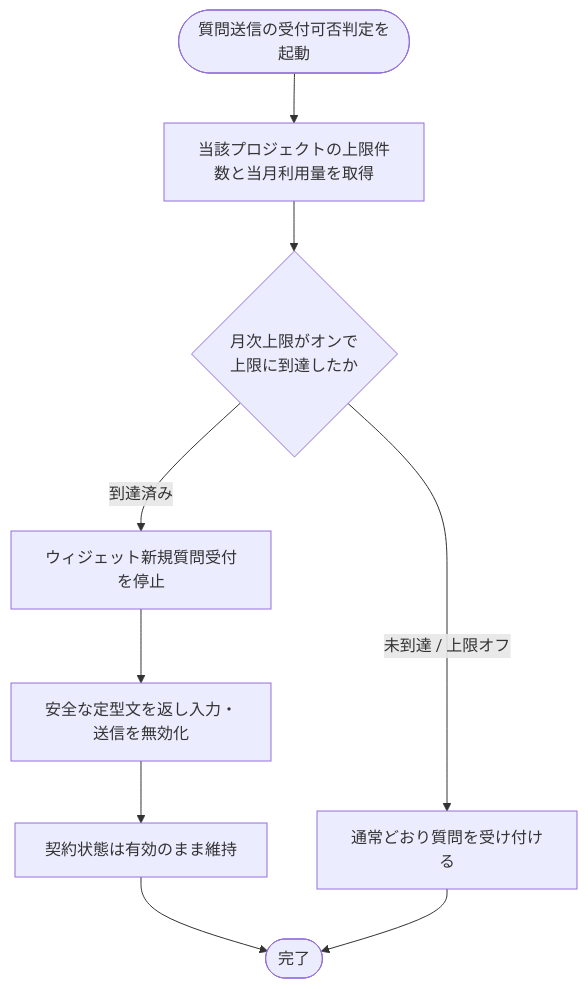
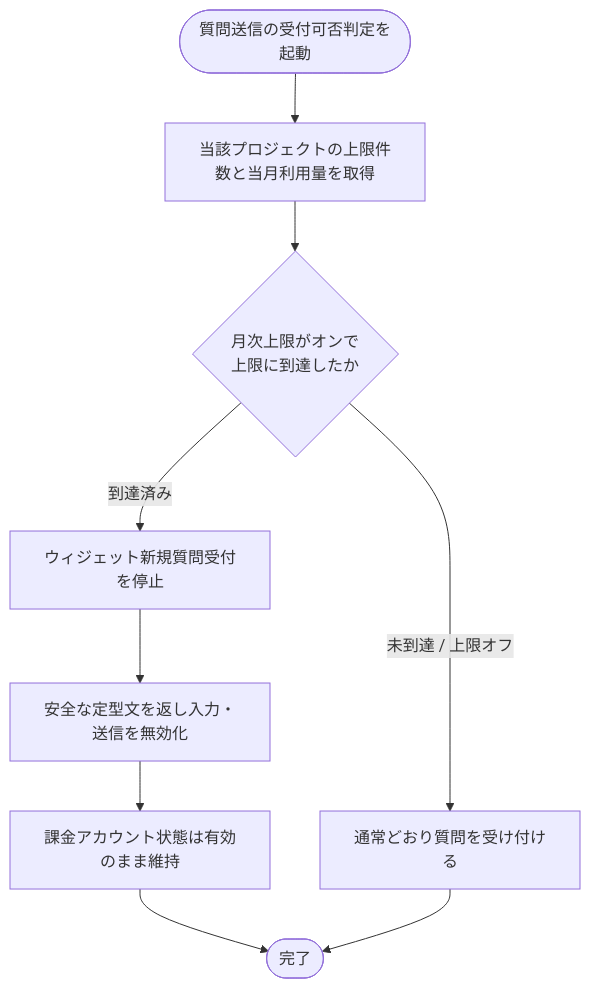
One commit to sikakou54/open-faq changed the diagram in 02_basic_design/02_backend/01_system/SYS-020.md. Above: the diagram before and after it, drawn with Mermaid. The commit also changed other lines of this file and 294 other files, not shown here.

````diff
--- a/02_basic_design/02_backend/01_system/SYS-020.md
+++ b/02_basic_design/02_backend/01_system/SYS-020.md
@@ -22,11 +22,11 @@
 ```mermaid
 flowchart TB
   S([質問送信の受付可否判定を起動]) --> A[当該プロジェクトの上限件数と当月利用量を取得]
   A --> B{月次上限がオンで<br/>上限に到達したか}
   B -- 到達済み --> C[ウィジェット新規質問受付を停止]
   C --> D[安全な定型文を返し入力・送信を無効化]
-  D --> E[契約状態は有効のまま維持]
+  D --> E[課金アカウント状態は有効のまま維持]
   B -- 未到達 / 上限オフ --> F[通常どおり質問を受け付ける]
   E --> G([完了])
   F --> G
 ```
````
